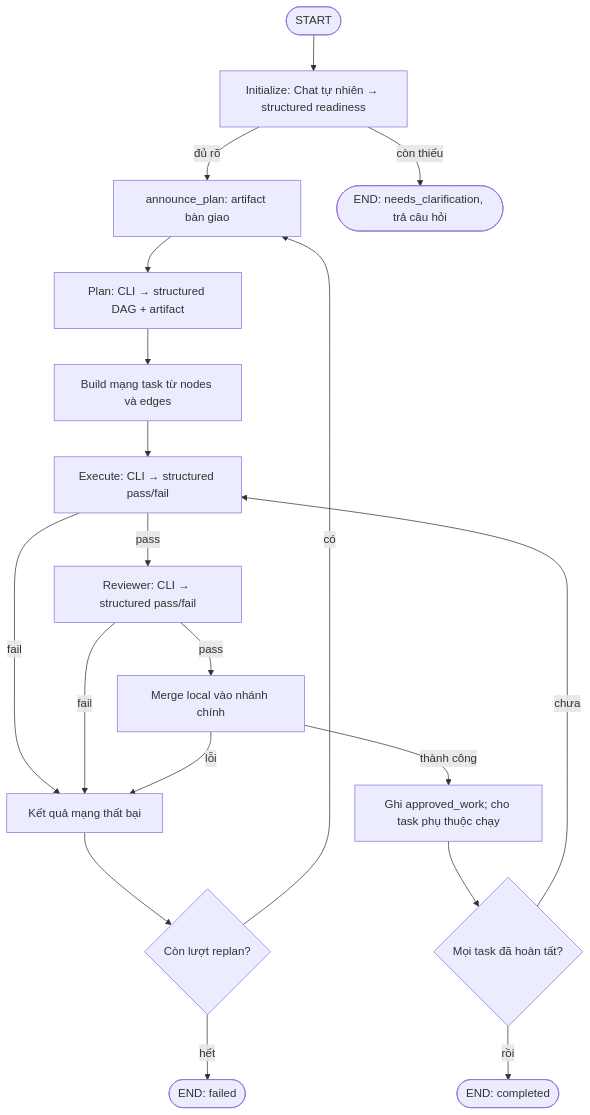
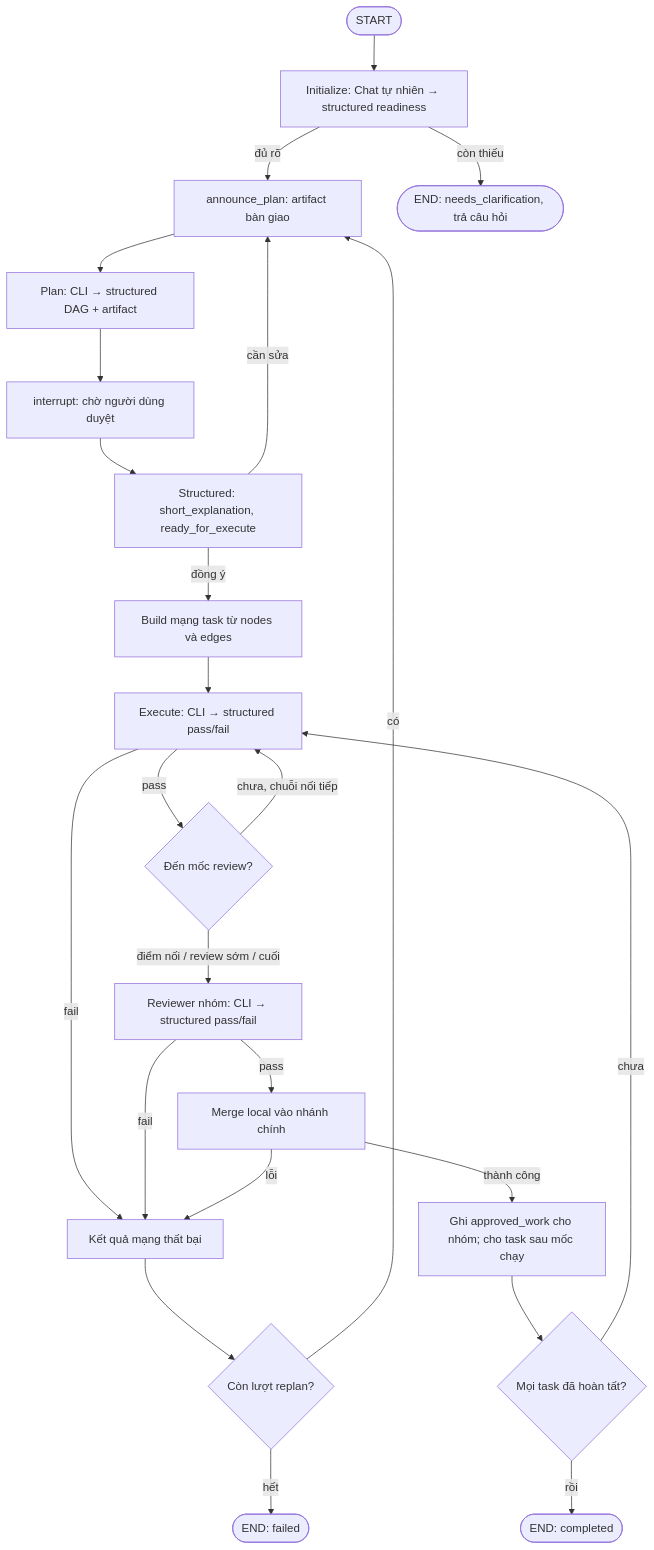
One commit to tapati0127/Coding-Agent-Orchestrator changed the diagram in README.md. Above: the diagram before and after it, drawn with Mermaid. The commit also changed other lines of this file and 34 other files, not shown here.

````diff
--- a/README.md
+++ b/README.md
@@ -99,21 +99,26 @@
 ```mermaid
 flowchart TD
     S([START]) --> I[Initialize: Chat tự nhiên → structured readiness]
     I -- đủ rõ --> H[announce_plan: artifact bàn giao]
     H --> P[Plan: CLI → structured DAG + artifact]
     I -- còn thiếu --> C([END: needs_clarification, trả câu hỏi])
-    P --> E[Build mạng task từ nodes và edges]
+    P --> U[interrupt: chờ người dùng duyệt]
+    U --> V[Structured: short_explanation, ready_for_execute]
+    V -- cần sửa --> H
+    V -- đồng ý --> E[Build mạng task từ nodes và edges]
     E --> X[Execute: CLI → structured pass/fail]
-    X -- pass --> R[Reviewer: CLI → structured pass/fail]
+    X -- pass --> K{Đến mốc review?}
+    K -- chưa, chuỗi nối tiếp --> X
+    K -- điểm nối / review sớm / cuối --> R[Reviewer nhóm: CLI → structured pass/fail]
     X -- fail --> F[Kết quả mạng thất bại]
     R -- fail --> F
     R -- pass --> M[Merge local vào nhánh chính]
-    M -- thành công --> A[Ghi approved_work; cho task phụ thuộc chạy]
+    M -- thành công --> A[Ghi approved_work cho nhóm; cho task sau mốc chạy]
     M -- lỗi --> F
     A --> D{Mọi task đã hoàn tất?}
     D -- chưa --> X
     D -- rồi --> Z([END: completed])
     F --> B{Còn lượt replan?}
     B -- có --> H
     B -- hết --> Q([END: failed])
 ```
````
